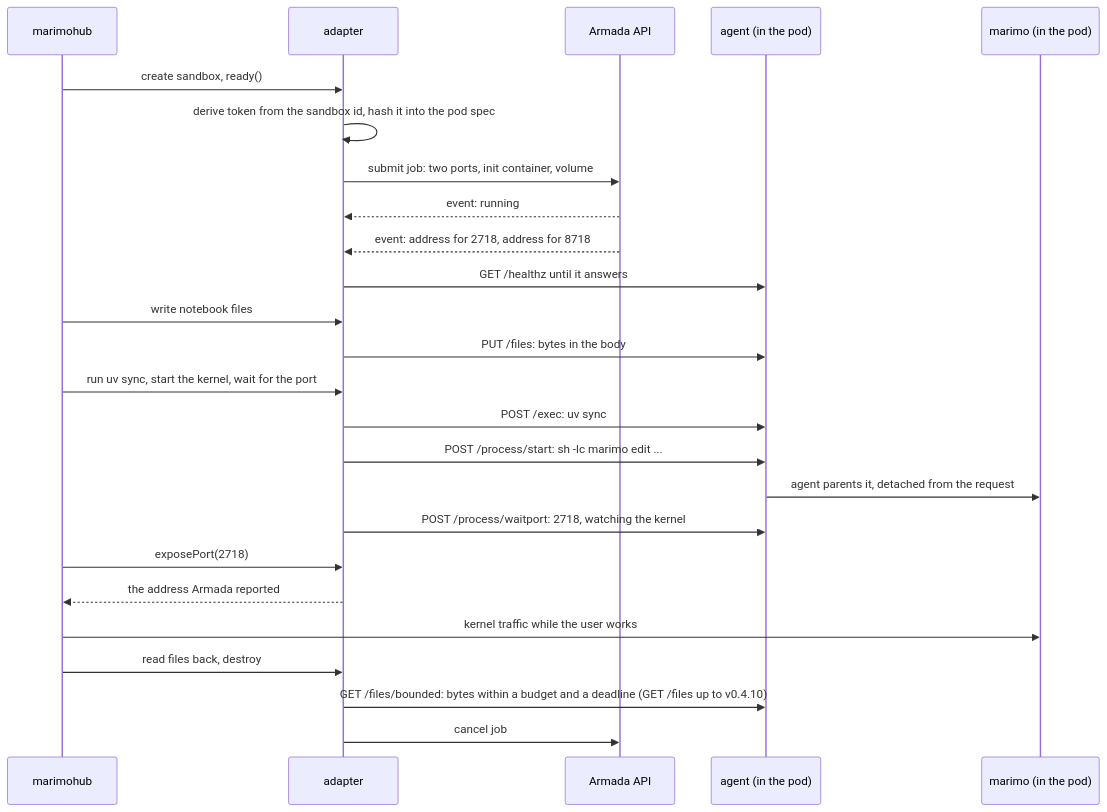
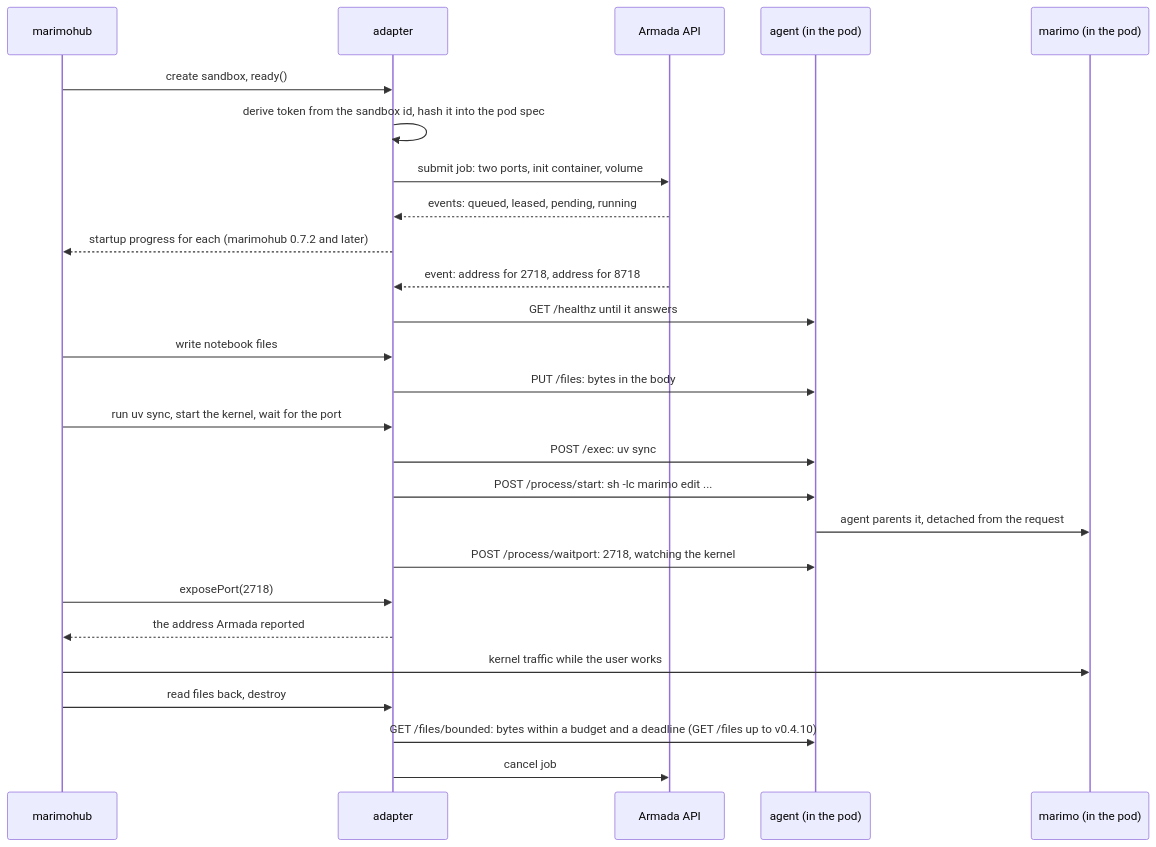
Before and after one commit to G-Research/marimohub-compute-armada: the third of 4 diagrams in docs/ARCHITECTURE.md, drawn with Mermaid. The commit also changed other lines of this file and 9 other files, not shown here.

Commit message:
Show where the Armada job is on marimohub 0.7.2's startup screen, release 0.5.0 (#31)

````diff
--- a/docs/ARCHITECTURE.md
+++ b/docs/ARCHITECTURE.md
@@ -140,27 +140,28 @@
 ```mermaid
 sequenceDiagram
   participant H as marimohub
   participant A as adapter
   participant R as Armada API
   participant G as agent (in the pod)
   participant K as marimo (in the pod)
   H->>A: create sandbox, ready()
   A->>A: derive token from the sandbox id, hash it into the pod spec
   A->>R: submit job: two ports, init container, volume
-  R-->>A: event: running
+  R-->>A: events: queued, leased, pending, running
+  A-->>H: startup progress for each (marimohub 0.7.2 and later)
   R-->>A: event: address for 2718, address for 8718
   A->>G: GET /healthz until it answers
   H->>A: write notebook files
   A->>G: PUT /files: bytes in the body
   H->>A: run uv sync, start the kernel, wait for the port
   A->>G: POST /exec: uv sync
   A->>G: POST /process/start: sh -lc marimo edit ...
   G->>K: agent parents it, detached from the request
   A->>G: POST /process/waitport: 2718, watching the kernel
   H->>A: exposePort(2718)
   A-->>H: the address Armada reported
   H->>K: kernel traffic while the user works
   H->>A: read files back, destroy
   A->>G: GET /files/bounded: bytes within a budget and a deadline (GET /files up to v0.4.10)
   A->>R: cancel job
 ```
````
